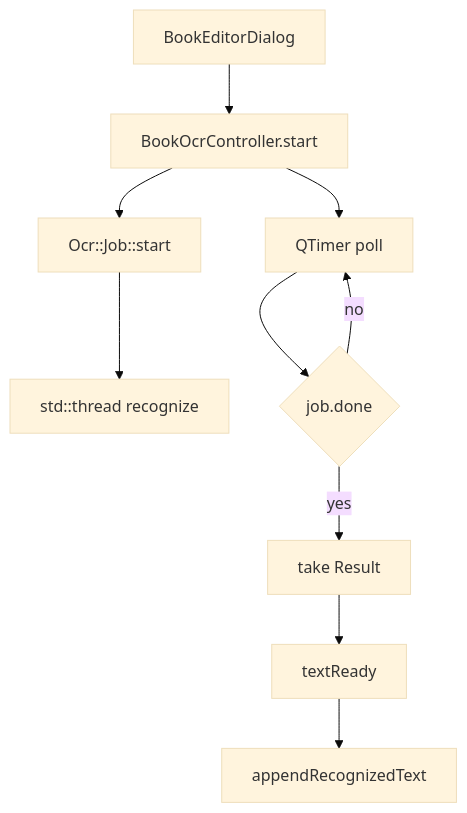
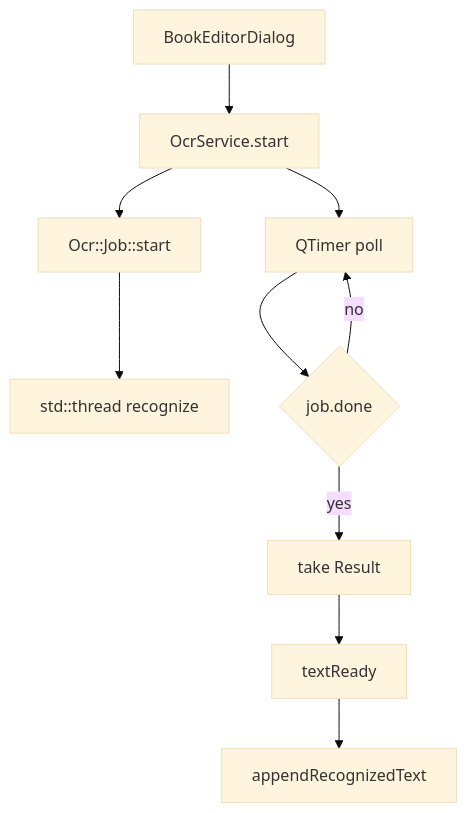
One commit to medaminben/VLMS changed diagram 26 of 28 in docs/architecture/beta-uml.md. Above: the diagram before and after it, drawn with Mermaid (base theme). The commit also changed other lines of this file, not shown here.

First line of the commit message:
Refresh the Beta UML for the frontend redesign.

````diff
--- a/docs/architecture/beta-uml.md
+++ b/docs/architecture/beta-uml.md
@@ -830,12 +988,12 @@
 ```mermaid
 flowchart TD
-    B[BookEditorDialog] --> C[BookOcrController.start]
+    B[BookEditorDialog] --> C[OcrService.start]
     C --> J[Ocr::Job::start]
     J --> W[std::thread recognize]
     C --> T[QTimer poll]
     T --> D{job.done}
     D -->|no| T
     D -->|yes| E[take Result]
     E --> F[textReady]
     F --> G[appendRecognizedText]
 ```
````
